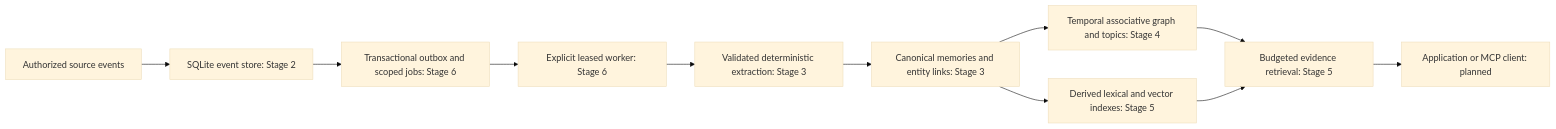
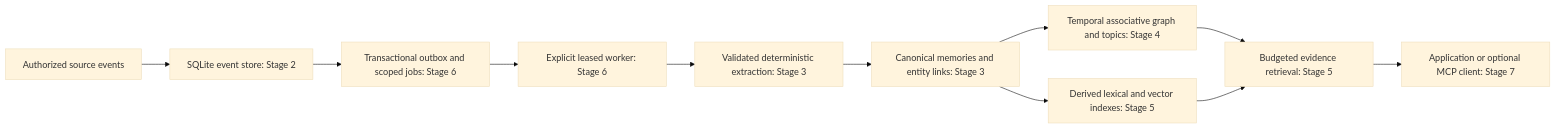
Before and after one commit to hamzah105/OOMP: the diagram in docs/architecture.md, drawn with Mermaid (base theme). The commit also changed other lines of this file and 25 other files, not shown here.

````diff
--- a/docs/architecture.md
+++ b/docs/architecture.md
@@ -7,13 +7,13 @@
 ```mermaid
 flowchart LR
     A[Authorized source events] --> B[SQLite event store: Stage 2]
     B --> O[Transactional outbox and scoped jobs: Stage 6]
     O --> W[Explicit leased worker: Stage 6]
     W --> C[Validated deterministic extraction: Stage 3]
     C --> D[Canonical memories and entity links: Stage 3]
     D --> E[Temporal associative graph and topics: Stage 4]
     D --> F[Derived lexical and vector indexes: Stage 5]
     E --> G[Budgeted evidence retrieval: Stage 5]
     F --> G
-    G --> H[Application or MCP client: planned]
+    G --> H[Application or optional MCP client: Stage 7]
 ```
````
